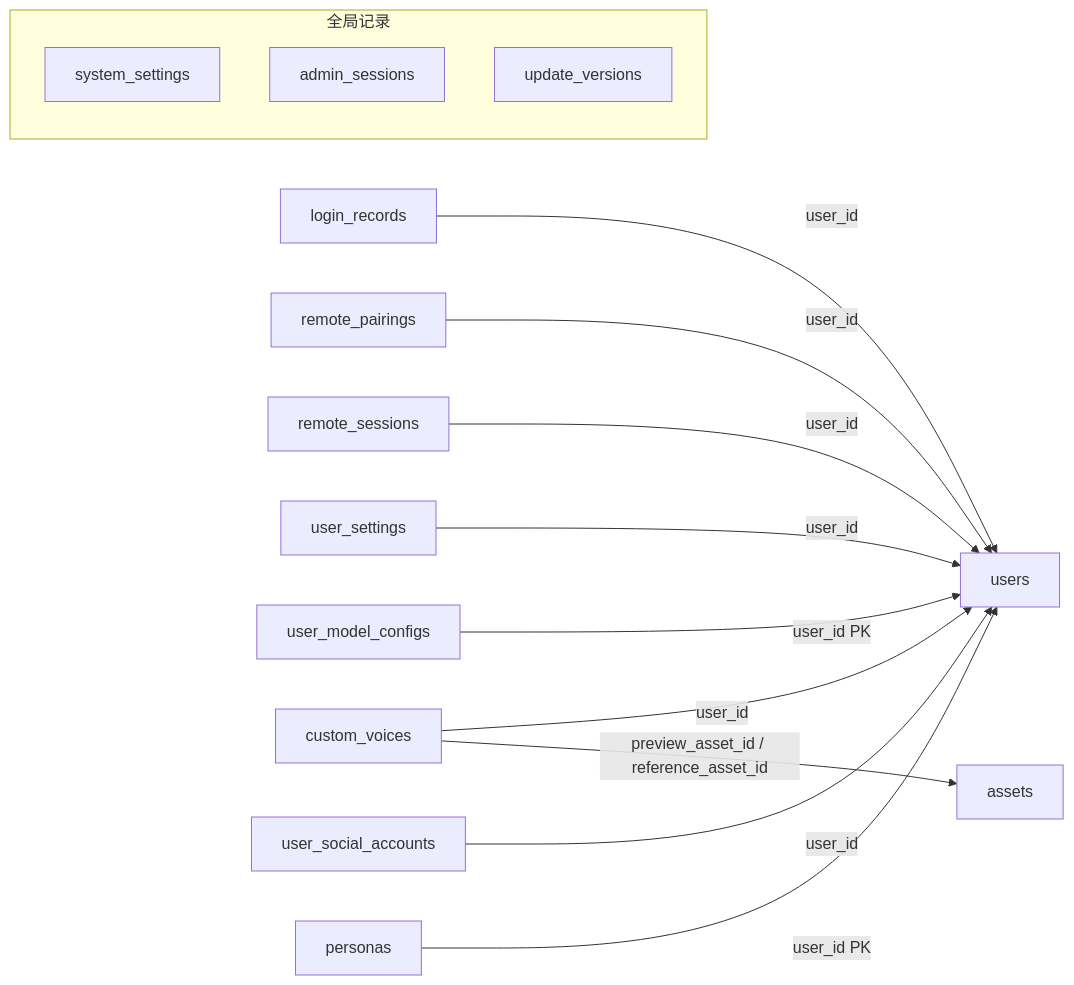
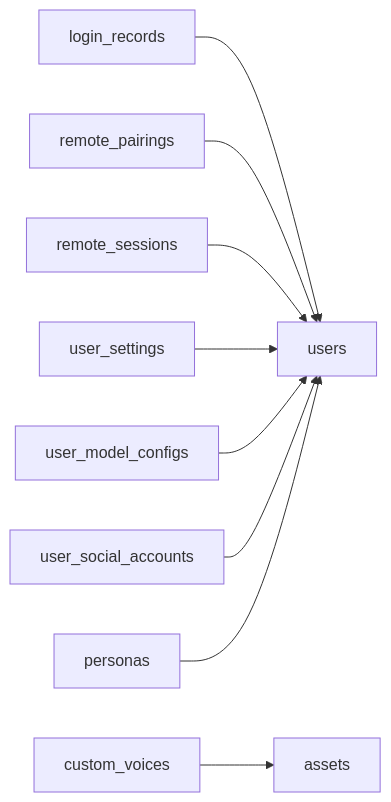
Before and after one commit to yangjinming1062/SpiritAgent: the first of 8 diagrams in docs/DATABASE.md, drawn with Mermaid. The commit also changed other lines of this file and 36 other files, not shown here.

````diff
--- a/docs/DATABASE.md
+++ b/docs/DATABASE.md
@@ -18,17 +15,11 @@
 ```mermaid
 flowchart LR
-    login_records -->|user_id| users
-    remote_pairings -->|user_id| users
-    remote_sessions -->|user_id| users
-    user_settings -->|user_id| users
-    custom_voices -->|user_id| users
-    user_model_configs -->|user_id PK| users
-    user_social_accounts -->|user_id| users
-    personas -->|user_id PK| users
-    custom_voices -->|preview_asset_id / reference_asset_id| assets
-    subgraph global_tables[全局记录]
-        system_settings
-        admin_sessions
-        update_versions
-    end
+    login_records --> users
+    remote_pairings --> users
+    remote_sessions --> users
+    user_settings --> users
+    user_model_configs --> users
+    user_social_accounts --> users
+    personas --> users
+    custom_voices --> assets
 ```
````
